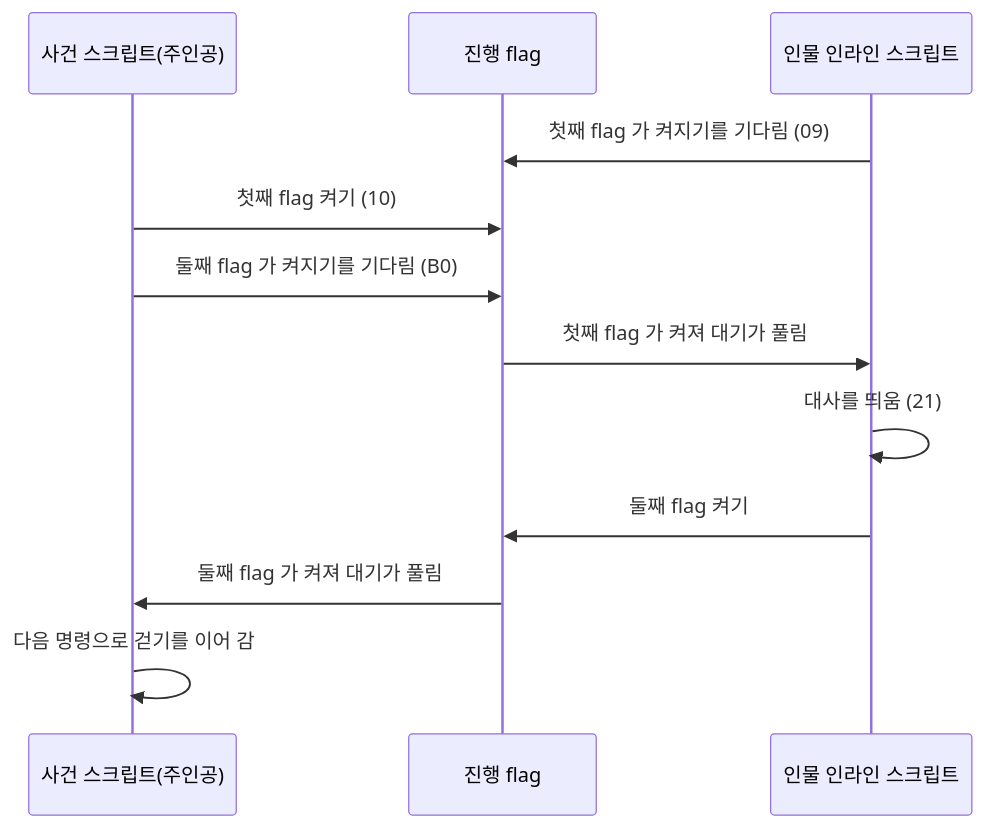
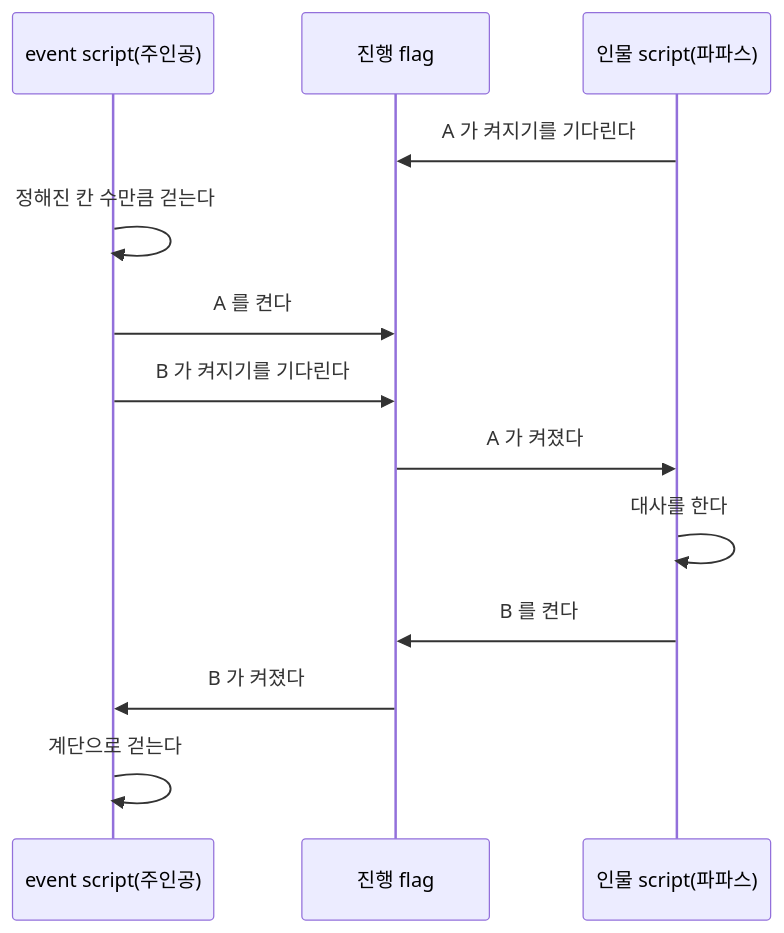
Before and after one commit to perfectacle/perfectacle.github.io: the second of 2 diagrams in src/pages/games/romhacking/journal/dq4/dq5-events.md, drawn with Mermaid. The commit also changed other lines of this file and 13 other files, not shown here.

````diff
--- a/src/pages/games/romhacking/journal/dq4/dq5-events.md
+++ b/src/pages/games/romhacking/journal/dq4/dq5-events.md
@@ -210,14 +218,15 @@
 ```mermaid
 sequenceDiagram
-  participant E as 사건 스크립트(주인공)
+  participant E as event script(주인공)
   participant F as 진행 flag
-  participant N as 인물 인라인 스크립트
-  N->>F: 첫째 flag 가 켜지기를 기다림 (09)
-  E->>F: 첫째 flag 켜기 (10)
-  E->>F: 둘째 flag 가 켜지기를 기다림 (B0)
-  F->>N: 첫째 flag 가 켜져 대기가 풀림
-  N->>N: 대사를 띄움 (21)
-  N->>F: 둘째 flag 켜기
-  F->>E: 둘째 flag 가 켜져 대기가 풀림
-  E->>E: 다음 명령으로 걷기를 이어 감
+  participant N as 인물 script(파파스)
+  N->>F: A 가 켜지기를 기다린다
+  E->>E: 정해진 칸 수만큼 걷는다
+  E->>F: A 를 켠다
+  E->>F: B 가 켜지기를 기다린다
+  F->>N: A 가 켜졌다
+  N->>N: 대사를 한다
+  N->>F: B 를 켠다
+  F->>E: B 가 켜졌다
+  E->>E: 계단으로 걷는다
 ```
````
